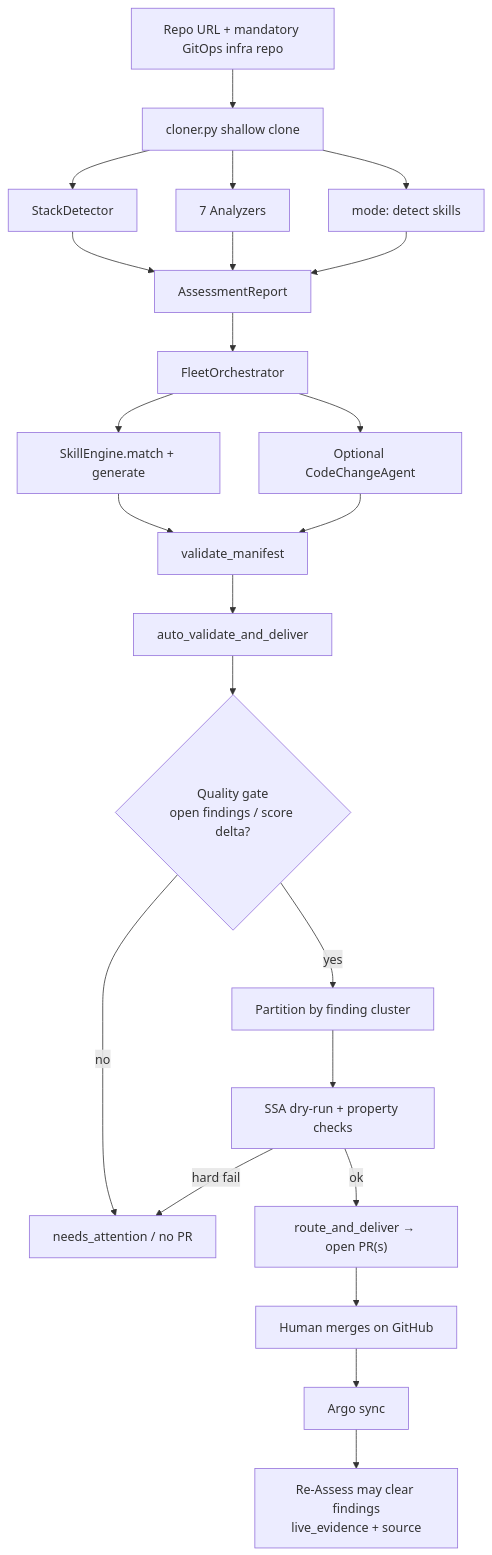
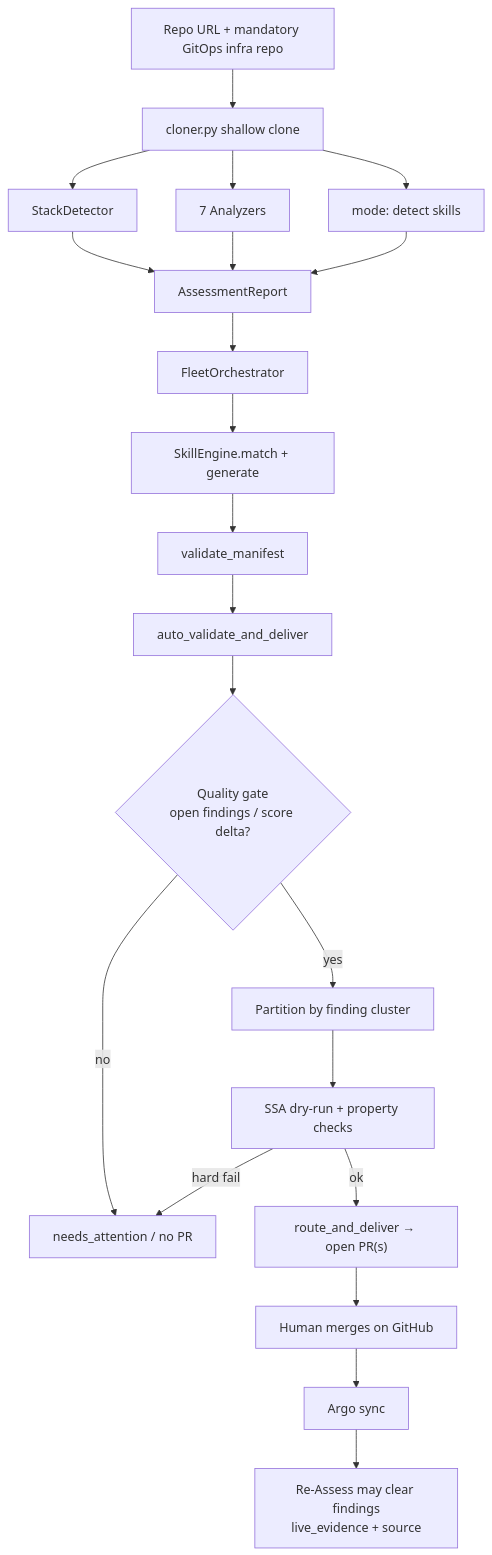
Before and after one commit to alimobrem/AgentIT: the second of 3 diagrams in docs/architecture.md, drawn with Mermaid. The commit also changed other lines of this file and 31 other files, not shown here.

First line of the commit message:
remove(agents): delete CodeChangeAgent, the last Python onboarding agent

````diff
--- a/docs/architecture.md
+++ b/docs/architecture.md
@@ -92,22 +90,21 @@
 ```mermaid
 flowchart TD
     A["Repo URL + mandatory GitOps infra repo"] --> B["cloner.py shallow clone"]
     B --> C["StackDetector"]
     B --> D["7 Analyzers"]
     B --> E["mode: detect skills"]
     C & D & E --> F["AssessmentReport"]
     F --> G["FleetOrchestrator"]
     G --> H["SkillEngine.match + generate"]
-    G --> I["Optional CodeChangeAgent"]
-    H & I --> J["validate_manifest"]
+    H --> J["validate_manifest"]
     J --> K["auto_validate_and_deliver"]
     K --> L{"Quality gate\nopen findings / score delta?"}
     L -->|no| M["needs_attention / no PR"]
     L -->|yes| N["Partition by finding cluster"]
     N --> O["SSA dry-run + property checks"]
     O -->|hard fail| M
     O -->|ok| P["route_and_deliver → open PR(s)"]
     P --> Q["Human merges on GitHub"]
     Q --> R["Argo sync"]
     R --> S["Re-Assess may clear findings\nlive_evidence + source"]
 ```
````
